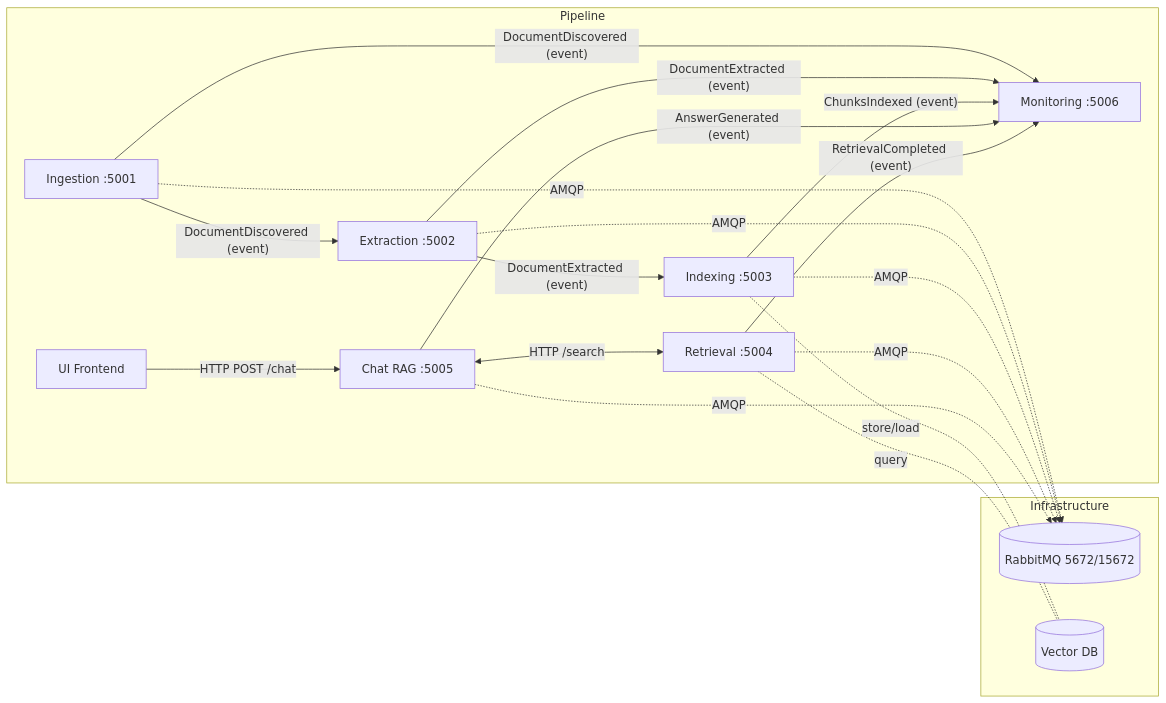
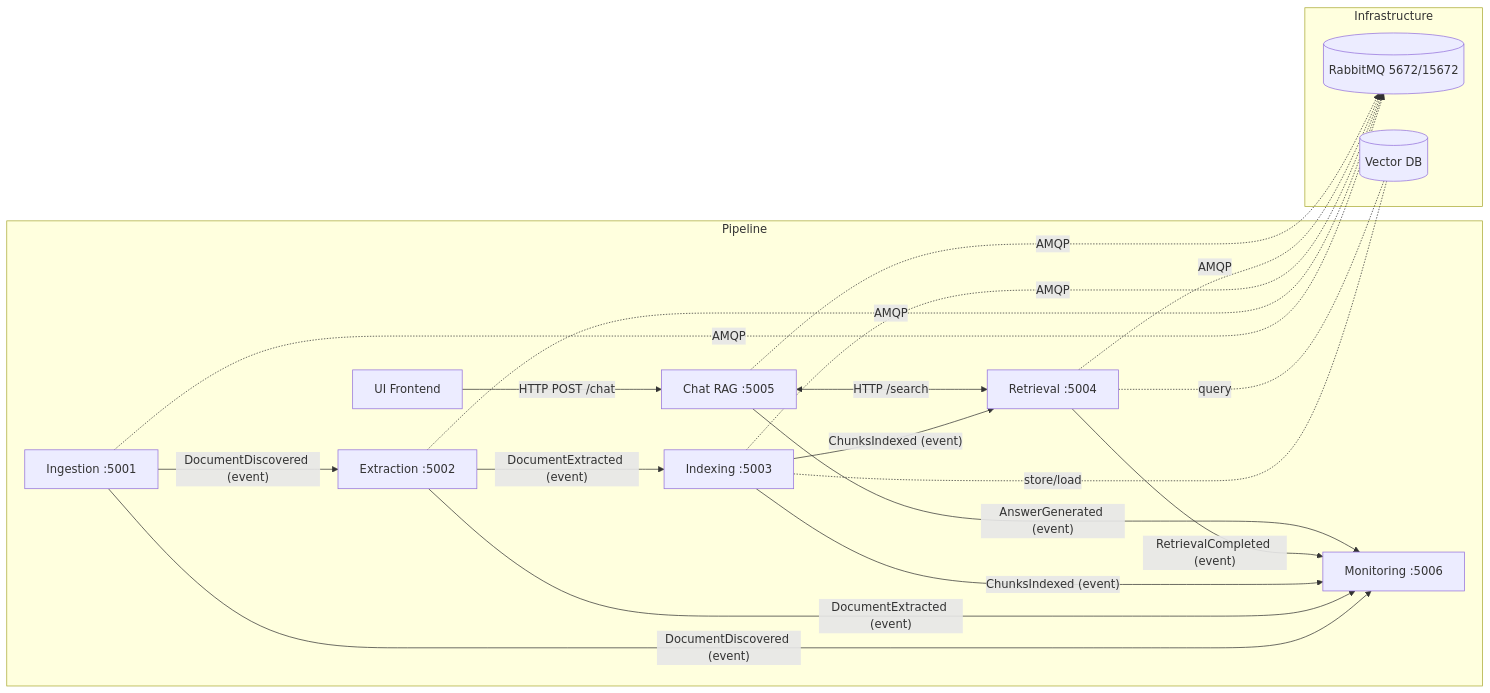
Before and after one commit to Rickycg21/MARP.Guide.Chatbot.Y3: the diagram in README.md, drawn with Mermaid. The commit also changed other lines of this file and 2 other files, not shown here.

````diff
--- a/README.md
+++ b/README.md
@@ -53,39 +53,40 @@
 ```mermaid
 flowchart LR
   %% Nodes
   subgraph Pipeline
     I[Ingestion :5001]
     E[Extraction :5002]
     X[Indexing :5003]
     R[Retrieval :5004]
     C[Chat RAG :5005]
     U[UI Frontend]
     M[Monitoring :5006]
   end
 
   subgraph Infrastructure
     Q[(RabbitMQ 5672/15672)]
     V[(Vector DB)]
   end
 
   %% Pipeline edges
   I -->|"DocumentDiscovered (event)"| E
   I -->|"DocumentDiscovered (event)"| M
   E -->|"DocumentExtracted (event)"| X
   E -->|"DocumentExtracted (event)"| M
+  X -->|"ChunksIndexed (event)"| R
   X -->|"ChunksIndexed (event)"| M
   C <-->|"HTTP /search"| R
   U -->|"HTTP POST /chat"| C
+  R -->|"RetrievalCompleted (event)"| M
   C -->|"AnswerGenerated (event)"| M
-  R -->|"RetrievalCompleted (event)"| M
 
   %% Messaging & storage
   I -. "AMQP" .-> Q
   E -. "AMQP" .-> Q
   X -. "AMQP" .-> Q
   R -. "AMQP" .-> Q
   C -. "AMQP" .-> Q
 
   X -. "store/load" .- V
   R -. "query" .- V
 ```
````
